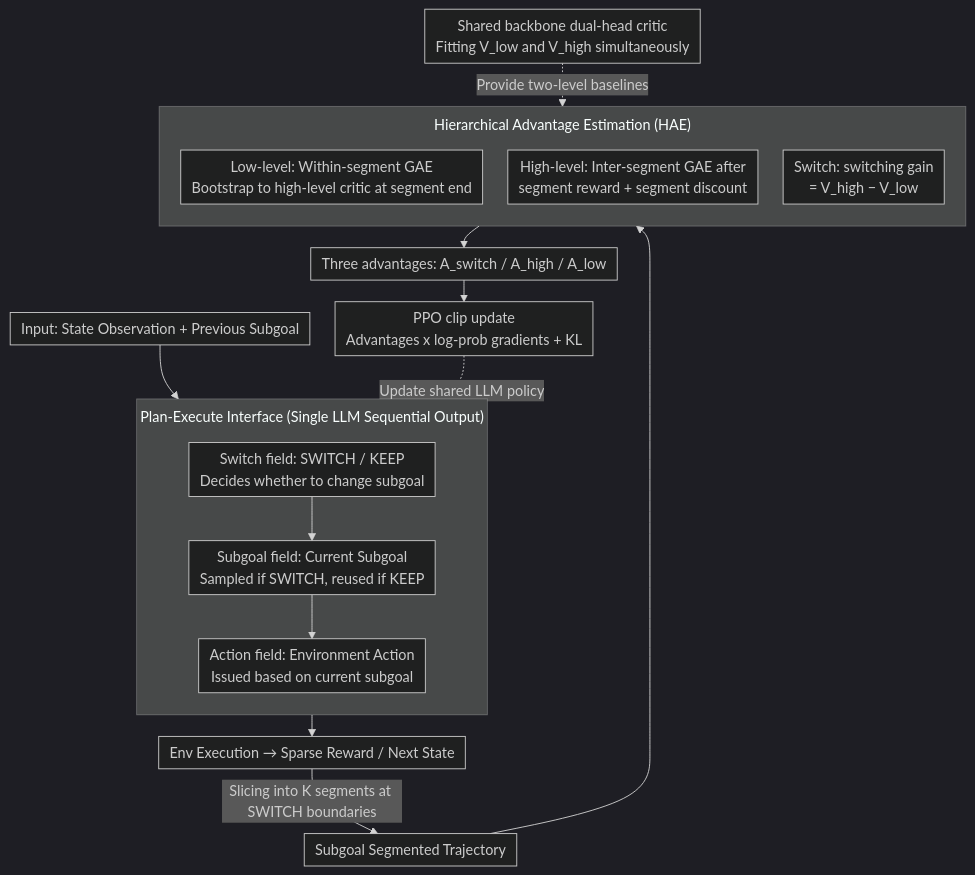
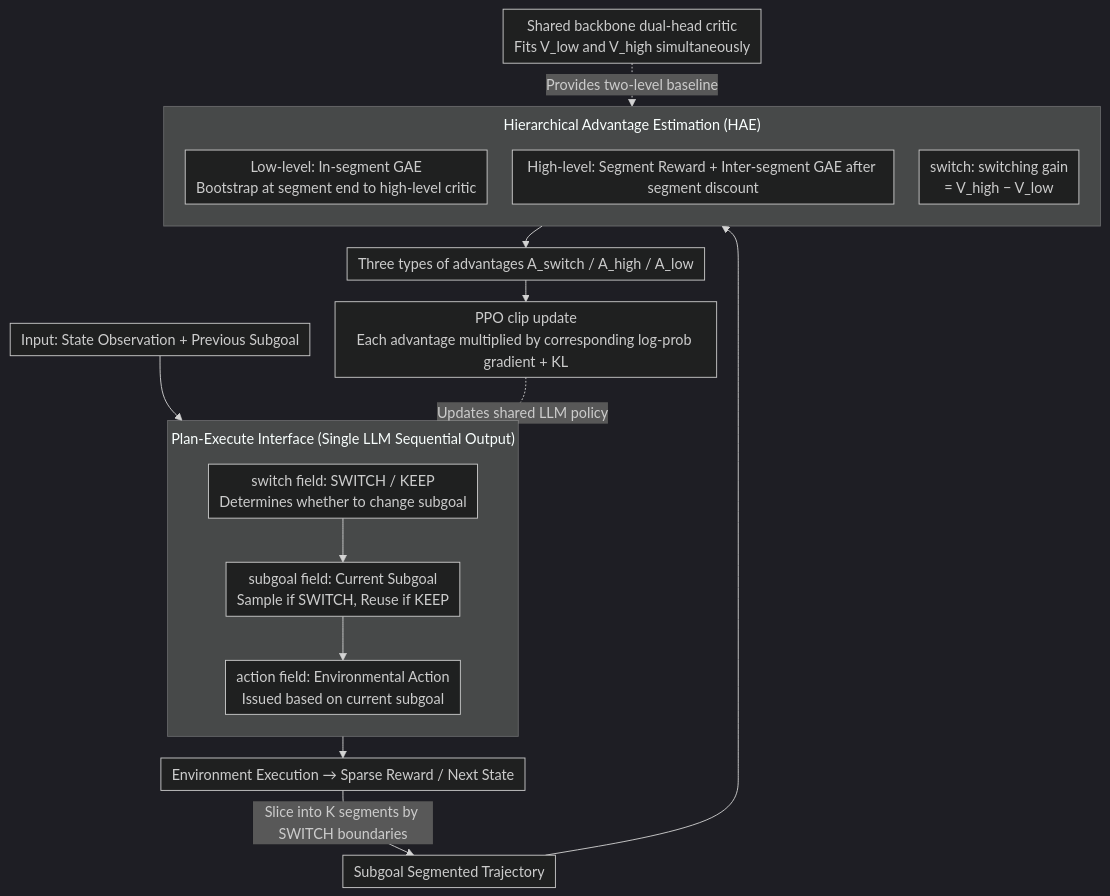
The diagram in docs/ICML2026/llm_evaluation/hiper_hierarchical_reinforcement_learning_with_explicit_credit_assignment_for_la.md (zhaoyang97/Paper-Notes-en), drawn with Mermaid (dark theme) before and after one commit. The commit also changed other lines of this file and 5084 other files, not shown here.

````diff
--- a/docs/ICML2026/llm_evaluation/hiper_hierarchical_reinforcement_learning_with_explicit_credit_assignment_for_la.md
+++ b/docs/ICML2026/llm_evaluation/hiper_hierarchical_reinforcement_learning_with_explicit_credit_assignment_for_la.md
@@ -51,27 +51,27 @@
 ```mermaid
 %%{init: {'flowchart': {'rankSpacing': 24, 'nodeSpacing': 28, 'padding': 6, 'wrappingWidth': 400, 'subGraphTitleMargin': {'top': 8, 'bottom': 16}}}}%%
 flowchart TD
     IN["Input: State Observation + Previous Subgoal"]
     subgraph PE["Plan-Execute Interface (Single LLM Sequential Output)"]
         direction TB
-        SW["Switch field: SWITCH / KEEP<br/>Decides whether to change subgoal"]
-        SG["Subgoal field: Current Subgoal<br/>Sampled if SWITCH, reused if KEEP"]
-        AC["Action field: Environment Action<br/>Issued based on current subgoal"]
+        SW["switch field: SWITCH / KEEP<br/>Determines whether to change subgoal"]
+        SG["subgoal field: Current Subgoal<br/>Sample if SWITCH, Reuse if KEEP"]
+        AC["action field: Environmental Action<br/>Issued based on current subgoal"]
         SW --> SG --> AC
     end
     IN --> PE
-    AC --> ENV["Env Execution → Sparse Reward / Next State"]
-    ENV -->|Slicing into K segments at SWITCH boundaries| SEG["Subgoal Segmented Trajectory"]
+    AC --> ENV["Environment Execution → Sparse Reward / Next State"]
+    ENV -->|Slice into K segments by SWITCH boundaries| SEG["Subgoal Segmented Trajectory"]
     subgraph HAE["Hierarchical Advantage Estimation (HAE)"]
         direction TB
-        LOW["Low-level: Within-segment GAE<br/>Bootstrap to high-level critic at segment end"]
-        HIGH["High-level: Inter-segment GAE after<br/>segment reward + segment discount"]
-        SWA["Switch: switching gain<br/>= V_high − V_low"]
+        LOW["Low-level: In-segment GAE<br/>Bootstrap at segment end to high-level critic"]
+        HIGH["High-level: Segment Reward + Inter-segment GAE after segment discount"]
+        SWA["switch: switching gain<br/>= V_high − V_low"]
     end
     SEG --> HAE
-    CRITIC["Shared backbone dual-head critic<br/>Fitting V_low and V_high simultaneously"]
-    CRITIC -.->|Provide two-level baselines| HAE
-    HAE --> ADV["Three advantages: A_switch / A_high / A_low"]
-    ADV --> UPD["PPO clip update<br/>Advantages x log-prob gradients + KL"]
-    UPD -.->|Update shared LLM policy| PE
+    CRITIC["Shared backbone dual-head critic<br/>Fits V_low and V_high simultaneously"]
+    CRITIC -.->|Provides two-level baseline| HAE
+    HAE --> ADV["Three types of advantages A_switch / A_high / A_low"]
+    ADV --> UPD["PPO clip update<br/>Each advantage multiplied by corresponding log-prob gradient + KL"]
+    UPD -.->|Updates shared LLM policy| PE
 ```
````
